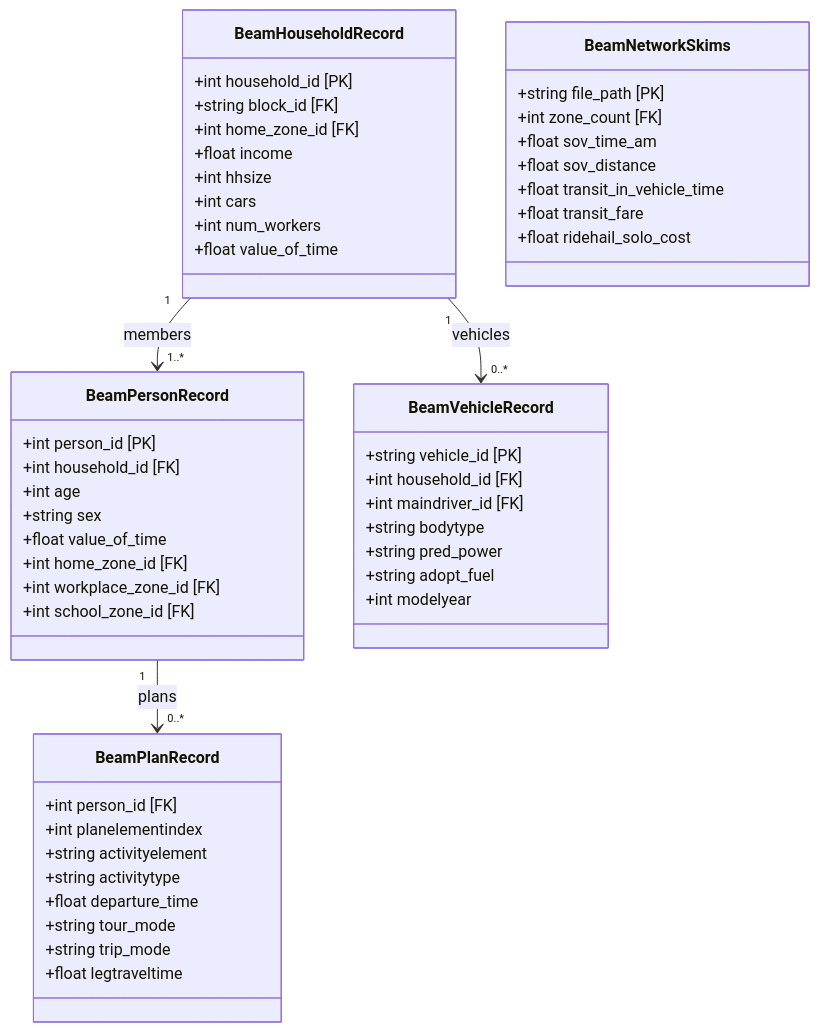
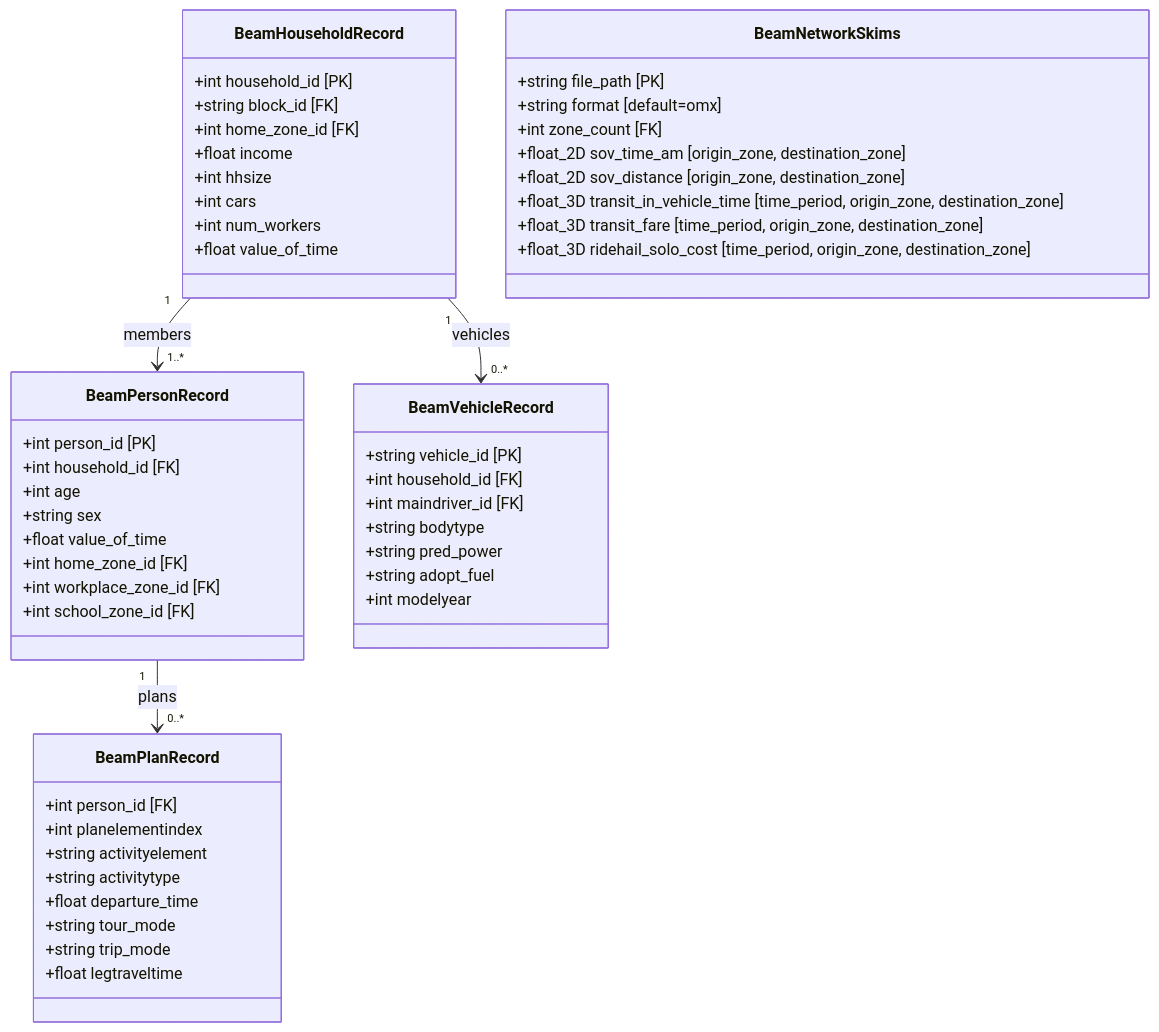
One commit to LBNL-UCB-STI/synergy-schema changed the ninth of 10 diagrams in docs/cross-model-mappings/deliverable_1_uml.md. Above: the diagram before and after it, drawn with Mermaid. The commit also changed other lines of this file and 22 other files, not shown here.

Commit message:
feat(schema): upgrade LinkML to 1.12.1, add array skims, default BeamNetworkSkims, and POLARIS state outputs

````diff
--- a/docs/cross-model-mappings/deliverable_1_uml.md
+++ b/docs/cross-model-mappings/deliverable_1_uml.md
@@ -499,59 +532,60 @@
 ```mermaid
 classDiagram
     class BeamHouseholdRecord {
         +int household_id [PK]
         +string block_id [FK]
         +int home_zone_id [FK]
         +float income
         +int hhsize
         +int cars
         +int num_workers
         +float value_of_time
     }
     class BeamPersonRecord {
         +int person_id [PK]
         +int household_id [FK]
         +int age
         +string sex
         +float value_of_time
         +int home_zone_id [FK]
         +int workplace_zone_id [FK]
         +int school_zone_id [FK]
     }
     class BeamVehicleRecord {
         +string vehicle_id [PK]
         +int household_id [FK]
         +int maindriver_id [FK]
         +string bodytype
         +string pred_power
         +string adopt_fuel
         +int modelyear
     }
     class BeamPlanRecord {
         +int person_id [FK]
         +int planelementindex
         +string activityelement
         +string activitytype
         +float departure_time
         +string tour_mode
         +string trip_mode
         +float legtraveltime
     }
     class BeamNetworkSkims {
         +string file_path [PK]
+        +string format [default=omx]
         +int zone_count [FK]
-        +float sov_time_am
-        +float sov_distance
-        +float transit_in_vehicle_time
-        +float transit_fare
-        +float ridehail_solo_cost
+        +float_2D sov_time_am [origin_zone, destination_zone]
+        +float_2D sov_distance [origin_zone, destination_zone]
+        +float_3D transit_in_vehicle_time [time_period, origin_zone, destination_zone]
+        +float_3D transit_fare [time_period, origin_zone, destination_zone]
+        +float_3D ridehail_solo_cost [time_period, origin_zone, destination_zone]
     }
     BeamHouseholdRecord "1" --> "1..*" BeamPersonRecord : members
     BeamHouseholdRecord "1" --> "0..*" BeamVehicleRecord : vehicles
     BeamPersonRecord "1" --> "0..*" BeamPlanRecord : plans
     link BeamHouseholdRecord "../schema/BeamHouseholdRecord/" "View BeamHouseholdRecord LinkML documentation"
     link BeamPersonRecord "../schema/BeamPersonRecord/" "View BeamPersonRecord LinkML documentation"
     link BeamVehicleRecord "../schema/BeamVehicleRecord/" "View BeamVehicleRecord LinkML documentation"
     link BeamPlanRecord "../schema/BeamPlanRecord/" "View BeamPlanRecord LinkML documentation"
     link BeamNetworkSkims "../schema/BeamNetworkSkims/" "View BeamNetworkSkims LinkML documentation"
 ```
````
